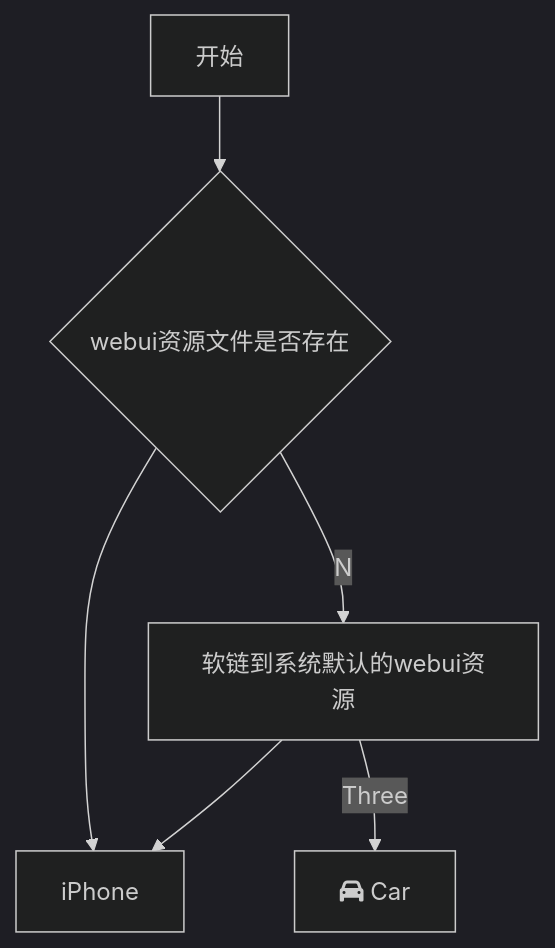
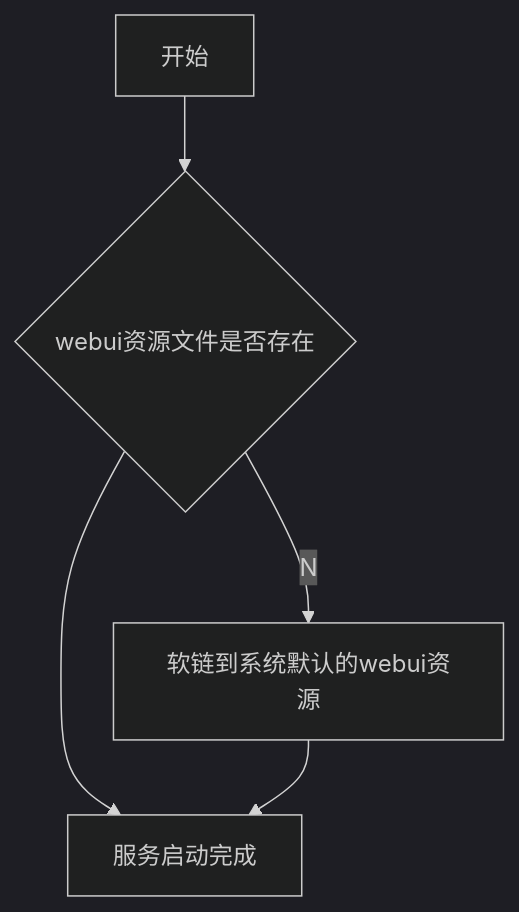
One commit to HaleyCoder/iodraw-files changed the diagram in all/未命名.md. Above: the diagram before and after it, drawn with Mermaid (dark theme).

Commit message:
2024-08-29 14:37:05 update

````diff
--- a/all/未命名.md
+++ b/all/未命名.md
@@ -1,9 +1,9 @@
 ```mermaid
 graph TD
     A[开始] --> B{webui资源文件是否存在}
     B -->|N| C[软链到系统默认的webui资源]
     B --> D[服务启动完成]
-    C --> D[iPhone]
-    C -->|Three| F[fa:fa-car Car]
+    C --> D
+    
   
 ```
````
